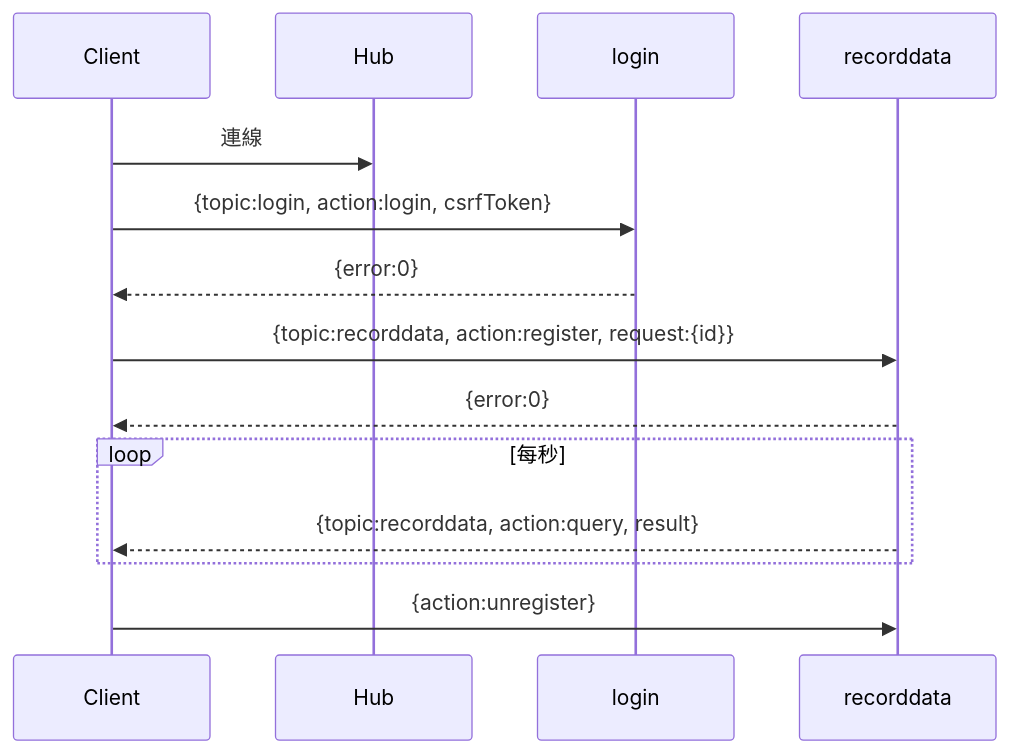
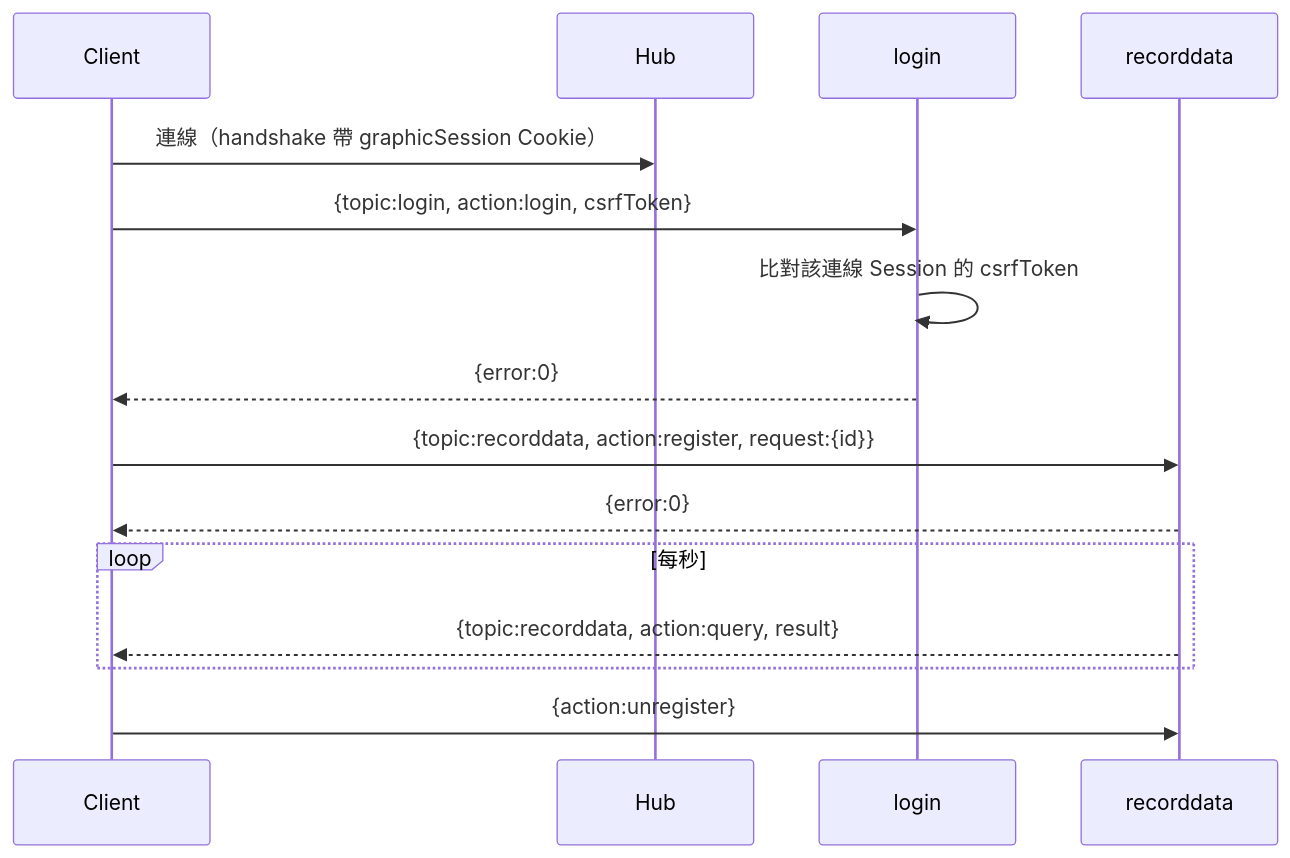
Before and after one commit to PochengChen-del/EdgeViewDoc: the second of 2 diagrams in SDS/07_Interface_Design.md, drawn with Mermaid. The commit also changed other lines of this file and 13 other files, not shown here.

````diff
--- a/SDS/07_Interface_Design.md
+++ b/SDS/07_Interface_Design.md
@@ -693,16 +693,17 @@
 ```mermaid
 sequenceDiagram
     participant C as Client
     participant H as Hub
     participant L as login
     participant R as recorddata
-    C->>H: 連線
+    C->>H: 連線（handshake 帶 graphicSession Cookie）
     C->>L: {topic:login, action:login, csrfToken}
+    L->>L: 比對該連線 Session 的 csrfToken
     L-->>C: {error:0}
     C->>R: {topic:recorddata, action:register, request:{id}}
     R-->>C: {error:0}
     loop 每秒
         R-->>C: {topic:recorddata, action:query, result}
     end
     C->>R: {action:unregister}
 ```
````
